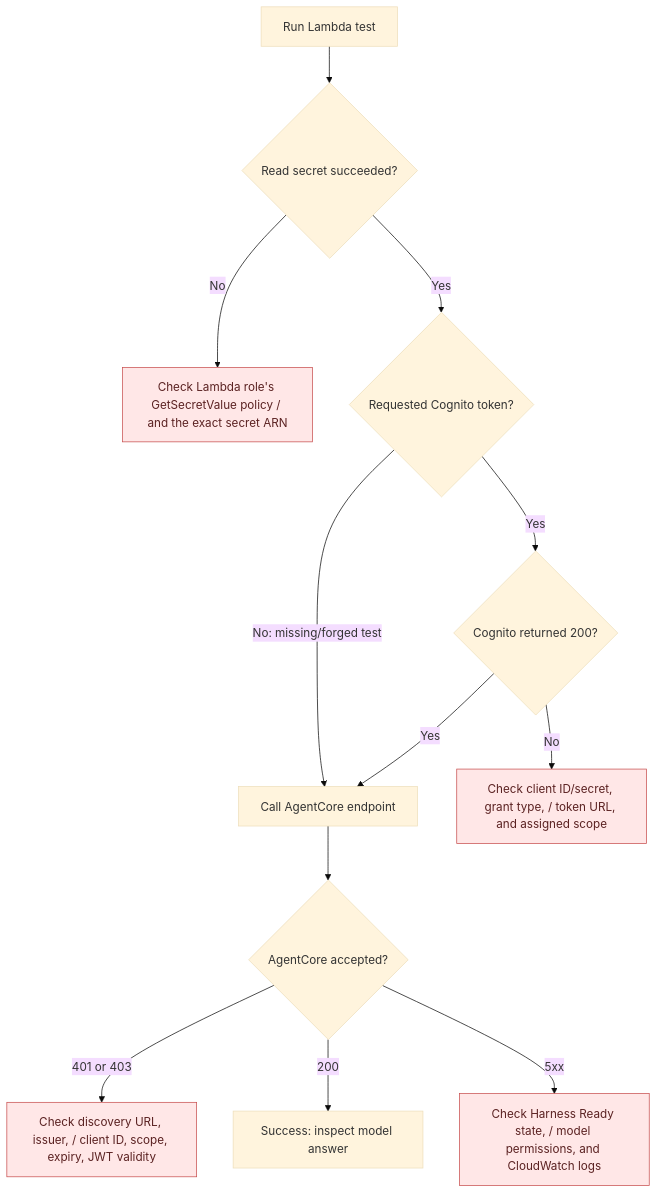
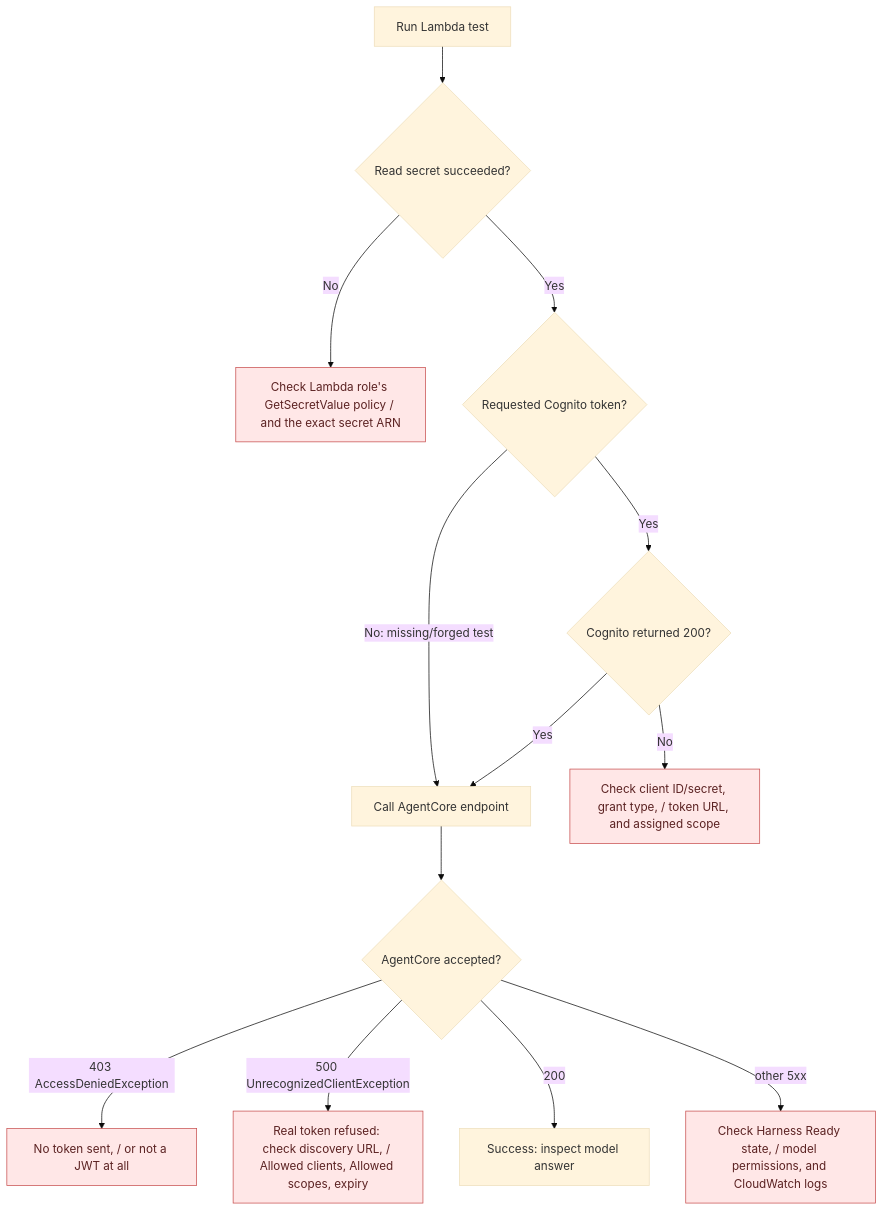
One commit to varoonsahgal/orbit-field-academy-student-labs changed the seventh of 8 diagrams in companionguides/05-companion.md. Above: the diagram before and after it, drawn with Mermaid (base theme). The commit also changed other lines of this file and 11 other files, not shown here.

````diff
--- a/companionguides/05-companion.md
+++ b/companionguides/05-companion.md
@@ -738,16 +754,17 @@
 ```mermaid
 flowchart TD
     Start[Run Lambda test] --> Secret{Read secret succeeded?}
     Secret -->|No| IAM[Check Lambda role's GetSecretValue policy / and the exact secret ARN]
     Secret -->|Yes| Tok{Requested Cognito token?}
     Tok -->|No: missing/forged test| Inv[Call AgentCore endpoint]
     Tok -->|Yes| TokenOK{Cognito returned 200?}
     TokenOK -->|No| Cog[Check client ID/secret, grant type, / token URL, and assigned scope]
     TokenOK -->|Yes| Inv
     Inv --> Auth{AgentCore accepted?}
-    Auth -->|401 or 403| JWT[Check discovery URL, issuer, / client ID, scope, expiry, JWT validity]
+    Auth -->|403 AccessDeniedException| NoTok[No token sent, / or not a JWT at all]
+    Auth -->|500 UnrecognizedClientException| JWT[Real token refused: check discovery URL, / Allowed clients, Allowed scopes, expiry]
     Auth -->|200| Success[Success: inspect model answer]
-    Auth -->|5xx| Runtime[Check Harness Ready state, / model permissions, and CloudWatch logs]
+    Auth -->|other 5xx| Runtime[Check Harness Ready state, / model permissions, and CloudWatch logs]
     classDef error fill:#ffe7e7,stroke:#c74e4e,color:#5b2222
-    class IAM,Cog,JWT,Runtime error
+    class IAM,Cog,NoTok,JWT,Runtime error
 ```
````
